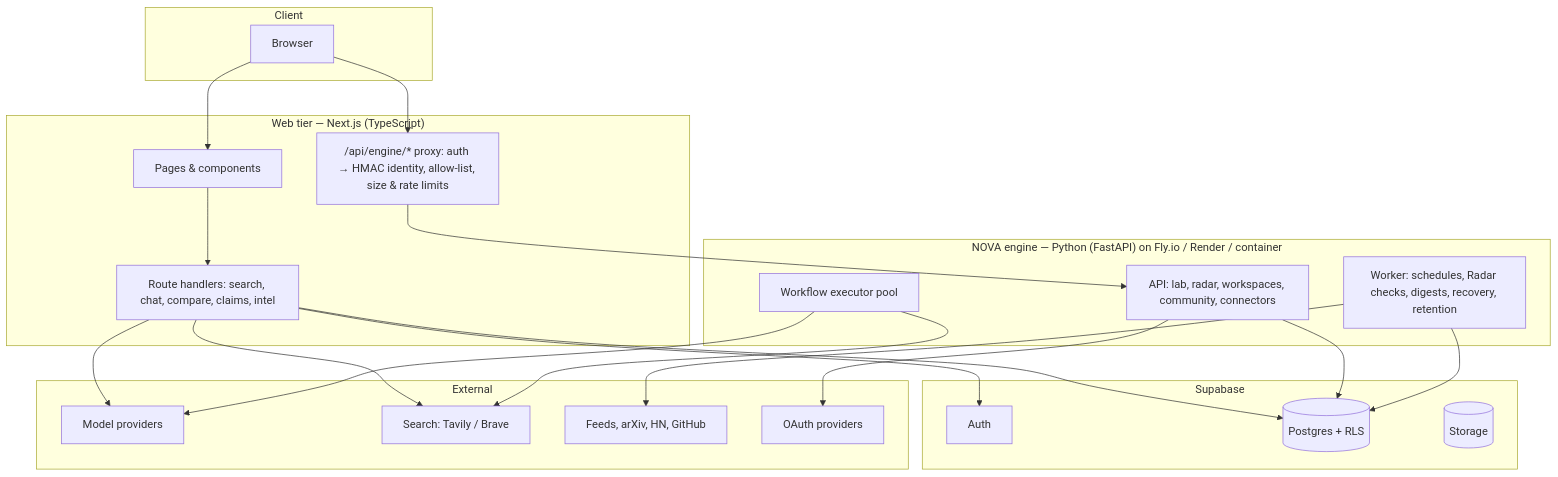
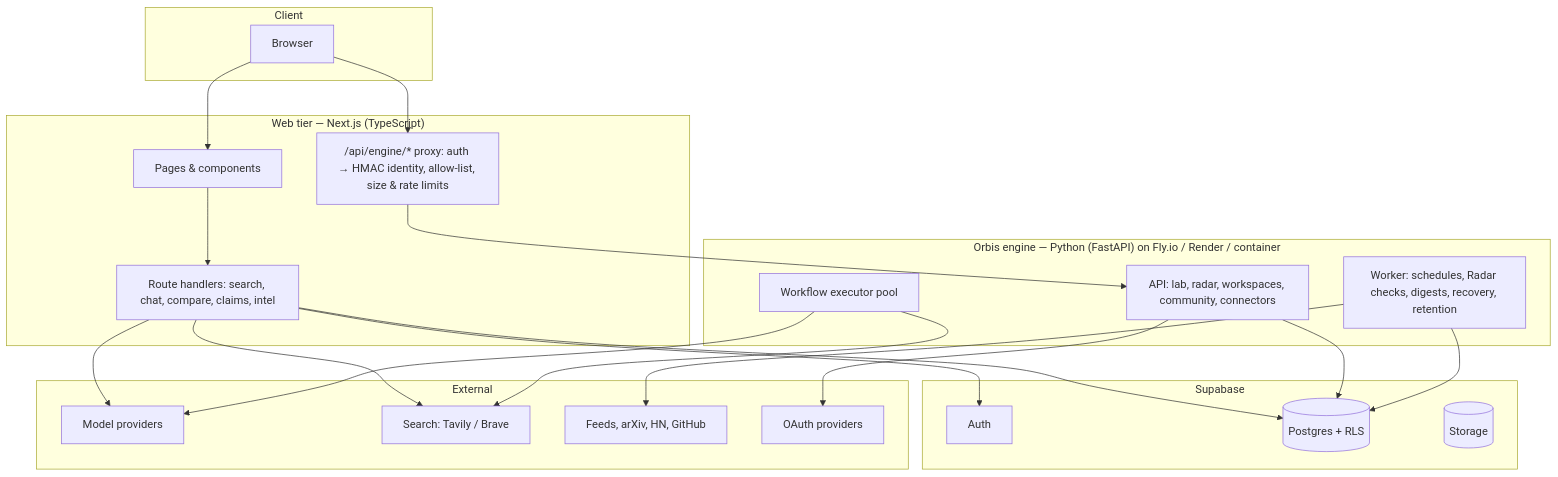
Before and after one commit to johannesdoesapps/nova: the first of 2 diagrams in docs/ARCHITECTURE.md, drawn with Mermaid. The commit also changed other lines of this file and 135 other files, not shown here.

First line of the commit message:
Rename NOVA to Orbis

````diff
--- a/docs/ARCHITECTURE.md
+++ b/docs/ARCHITECTURE.md
@@ -37,39 +37,39 @@
 ```mermaid
 flowchart TB
   subgraph Client
     B[Browser]
   end
   subgraph Vercel["Web tier — Next.js (TypeScript)"]
     UI[Pages & components]
     API[Route handlers: search, chat, compare, claims, intel]
     PX["/api/engine/* proxy: auth → HMAC identity, allow-list, size & rate limits"]
   end
-  subgraph Engine["NOVA engine — Python (FastAPI) on Fly.io / Render / container"]
+  subgraph Engine["Orbis engine — Python (FastAPI) on Fly.io / Render / container"]
     E[API: lab, radar, workspaces, community, connectors]
     X[Workflow executor pool]
     W[Worker: schedules, Radar checks, digests, recovery, retention]
   end
   subgraph Supabase
     AUTH[Auth]
     PG[(Postgres + RLS)]
     ST[(Storage)]
   end
   subgraph External
     M[Model providers]
     S[Search: Tavily / Brave]
     SRC[Feeds, arXiv, HN, GitHub]
     OA[OAuth providers]
   end
   B --> UI --> API
   B --> PX --> E
   API --> AUTH
   API --> PG
   API --> M
   API --> S
   E --> PG
   X --> M
   X --> S
   W --> SRC
   E --> OA
   W --> PG
 ```
````
